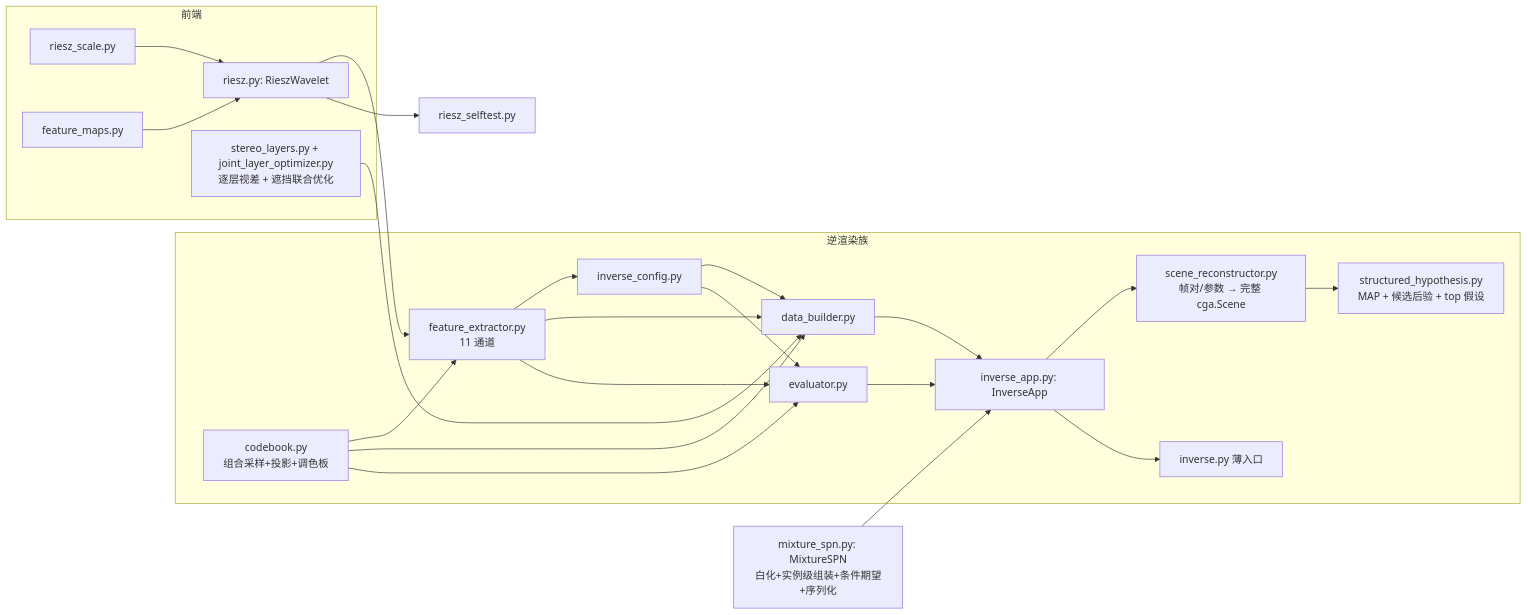
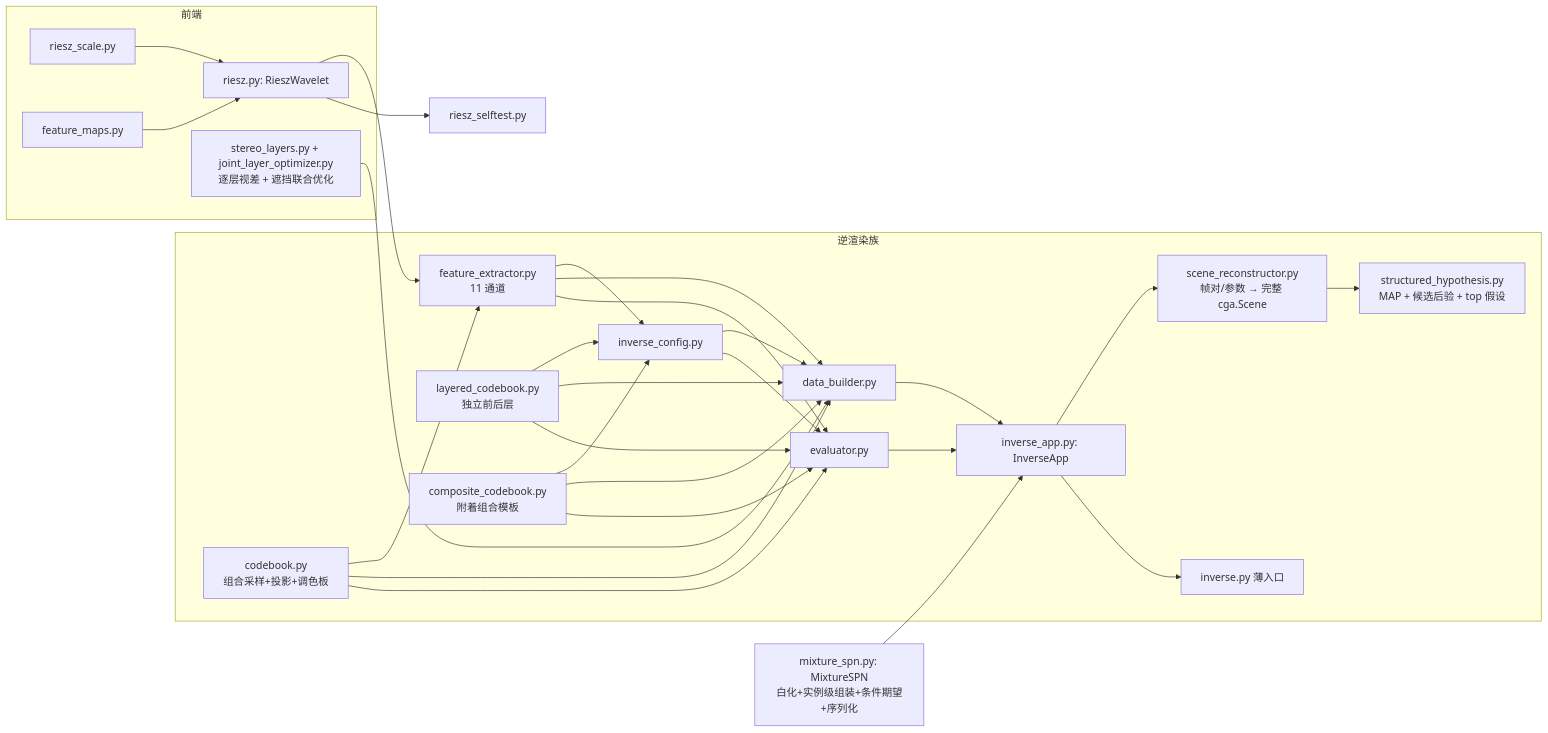
Before and after one commit to aki-xavier/conger: the fourth of 5 diagrams in docs/architecture.md, drawn with Mermaid. The commit also changed other lines of this file and 13 other files, not shown here.

````diff
--- a/docs/architecture.md
+++ b/docs/architecture.md
@@ -138,18 +154,20 @@
 ```mermaid
 flowchart LR
     subgraph CORE["逆渲染族"]
         CBK["codebook.py<br/>组合采样+投影+调色板"] --> FEX["feature_extractor.py<br/>11 通道"] --> DCFG["inverse_config.py"]
-        CBK & FEX & DCFG --> DB["data_builder.py"] & EV["evaluator.py"]
+        LCB["layered_codebook.py<br/>独立前后层"] --> DCFG
+        CCB["composite_codebook.py<br/>附着组合模板"] --> DCFG
+        CBK & FEX & DCFG & LCB & CCB --> DB["data_builder.py"] & EV["evaluator.py"]
         DB & EV --> APP["inverse_app.py: InverseApp"]
         APP --> REC["scene_reconstructor.py<br/>帧对/参数 → 完整 cga.Scene"]
         REC --> EST["structured_hypothesis.py<br/>MAP + 候选后验 + top 假设"]
         APP --> ENTRY["inverse.py 薄入口"]
     end
     subgraph FRONT["前端"]
         RS["riesz_scale.py"] & FM["feature_maps.py"] --> RW["riesz.py: RieszWavelet"]
         RW --> FEX
         SL["stereo_layers.py + joint_layer_optimizer.py<br/>逐层视差 + 遮挡联合优化"] --> DB
     end
     MSP["mixture_spn.py: MixtureSPN<br/>白化+实例级组装+条件期望+序列化"] --> APP
     RW --> ST["riesz_selftest.py"]
 ```
````
